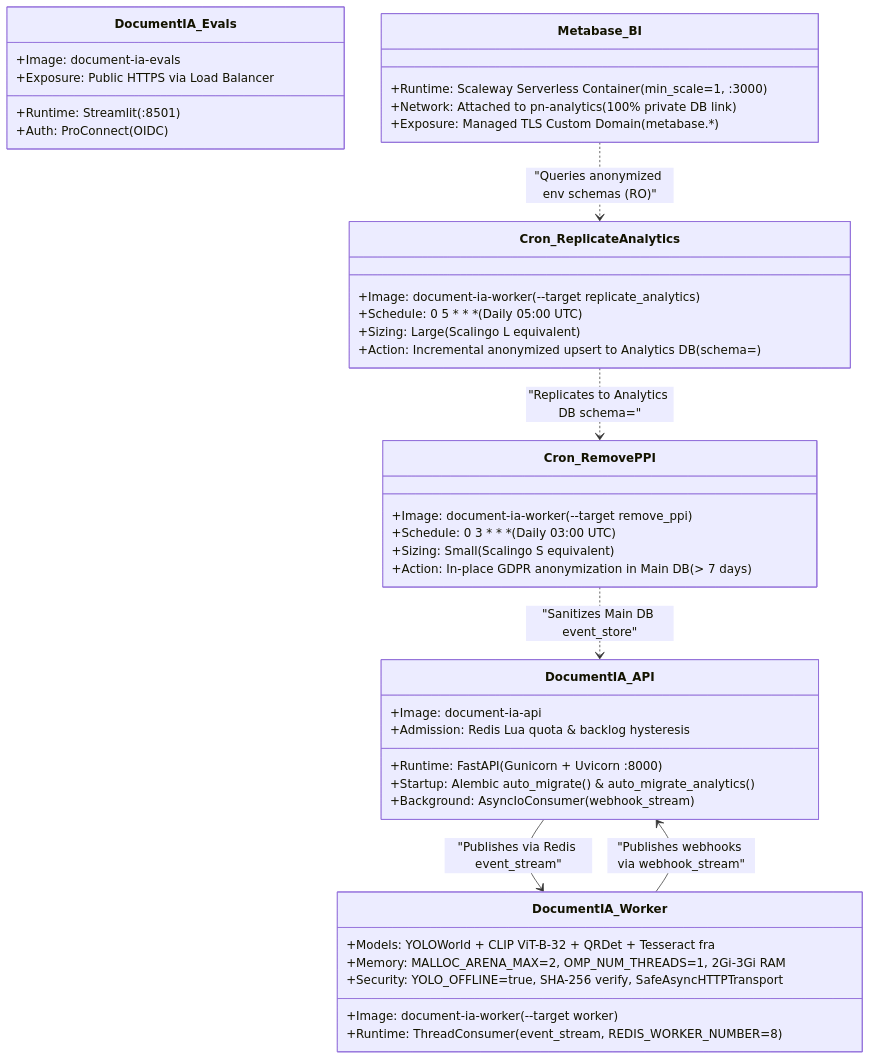
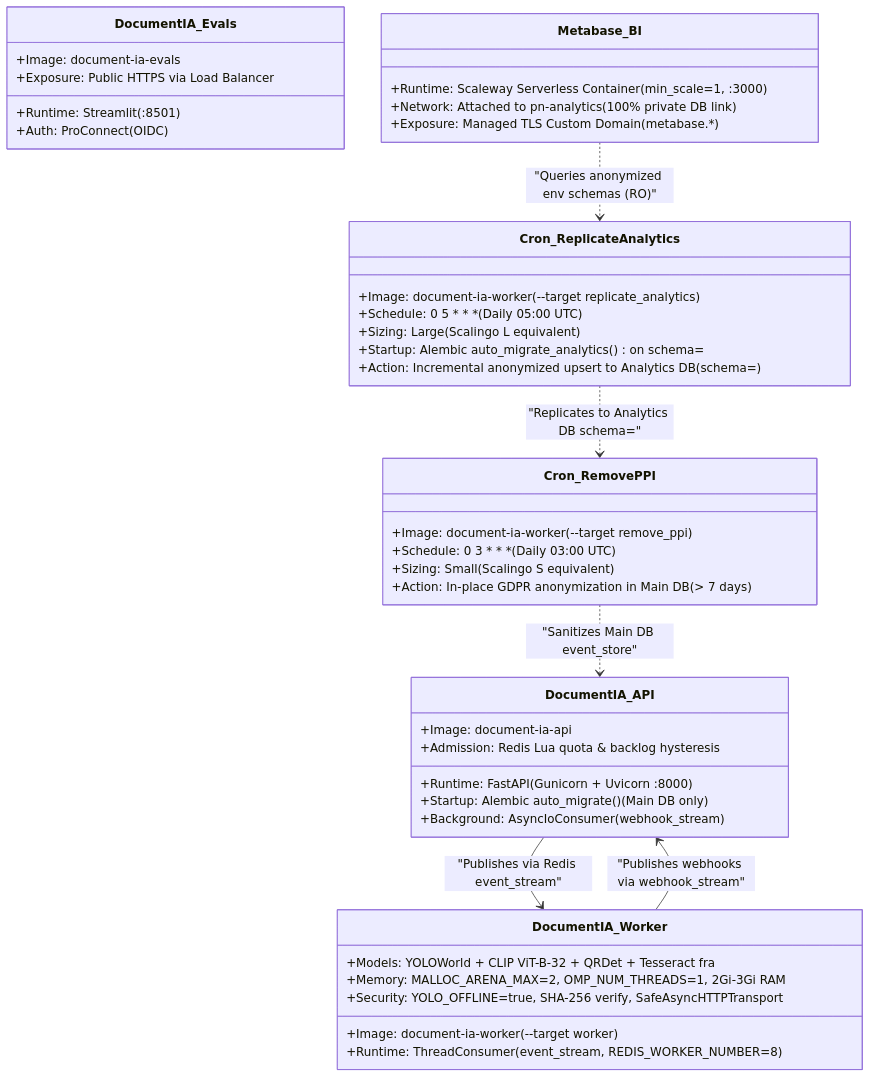
The fourth of 17 diagrams in docs/ARCHITECTURE.md (etalab-ia/document-ia-infra), drawn with Mermaid before and after one commit. The commit also changed other lines of this file, not shown here.

First line of the commit message:
docs(architecture): harden VPC ACL, S3 policies, K8s secrets, Bastion, KEDA TLS and Traefik

````diff
--- a/docs/ARCHITECTURE.md
+++ b/docs/ARCHITECTURE.md
@@ -292,46 +294,47 @@
 ```mermaid
 classDiagram
     class DocumentIA_API {
         +Image: document-ia-api
         +Runtime: FastAPI (Gunicorn + Uvicorn :8000)
-        +Startup: Alembic auto_migrate() & auto_migrate_analytics()
+        +Startup: Alembic auto_migrate() (Main DB only)
         +Background: AsyncIoConsumer (webhook_stream)
         +Admission: Redis Lua quota & backlog hysteresis
     }
     class DocumentIA_Worker {
         +Image: document-ia-worker (--target worker)
         +Runtime: ThreadConsumer (event_stream, REDIS_WORKER_NUMBER=8)
         +Models: YOLOWorld + CLIP ViT-B-32 + QRDet + Tesseract fra
         +Memory: MALLOC_ARENA_MAX=2, OMP_NUM_THREADS=1, 2Gi-3Gi RAM
         +Security: YOLO_OFFLINE=true, SHA-256 verify, SafeAsyncHTTPTransport
     }
     class DocumentIA_Evals {
         +Image: document-ia-evals
         +Runtime: Streamlit (:8501)
         +Auth: ProConnect (OIDC)
         +Exposure: Public HTTPS via Load Balancer
     }
     class Cron_RemovePPI {
         +Image: document-ia-worker (--target remove_ppi)
         +Schedule: 0 3 * * * (Daily 03:00 UTC)
         +Sizing: Small (Scalingo S equivalent)
         +Action: In-place GDPR anonymization in Main DB (> 7 days)
     }
     class Cron_ReplicateAnalytics {
         +Image: document-ia-worker (--target replicate_analytics)
         +Schedule: 0 5 * * * (Daily 05:00 UTC)
         +Sizing: Large (Scalingo L equivalent)
+        +Startup: Alembic auto_migrate_analytics() on schema=<env>
         +Action: Incremental anonymized upsert to Analytics DB (schema=<env>)
     }
     class Metabase_BI {
         +Runtime: Scaleway Serverless Container (min_scale=1, :3000)
         +Network: Attached to pn-analytics (100% private DB link)
         +Exposure: Managed TLS Custom Domain (metabase.*)
     }
 
     DocumentIA_API --> DocumentIA_Worker : "Publishes via Redis event_stream"
     DocumentIA_Worker --> DocumentIA_API : "Publishes webhooks via webhook_stream"
     Cron_RemovePPI ..> DocumentIA_API : "Sanitizes Main DB event_store"
     Cron_ReplicateAnalytics ..> Cron_RemovePPI : "Replicates to Analytics DB schema=<env>"
     Metabase_BI ..> Cron_ReplicateAnalytics : "Queries anonymized env schemas (RO)"
 ```
````
